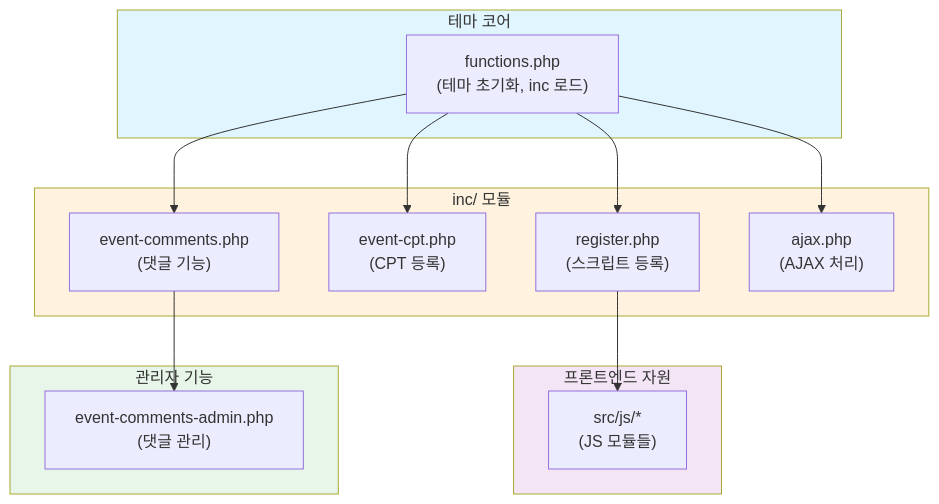
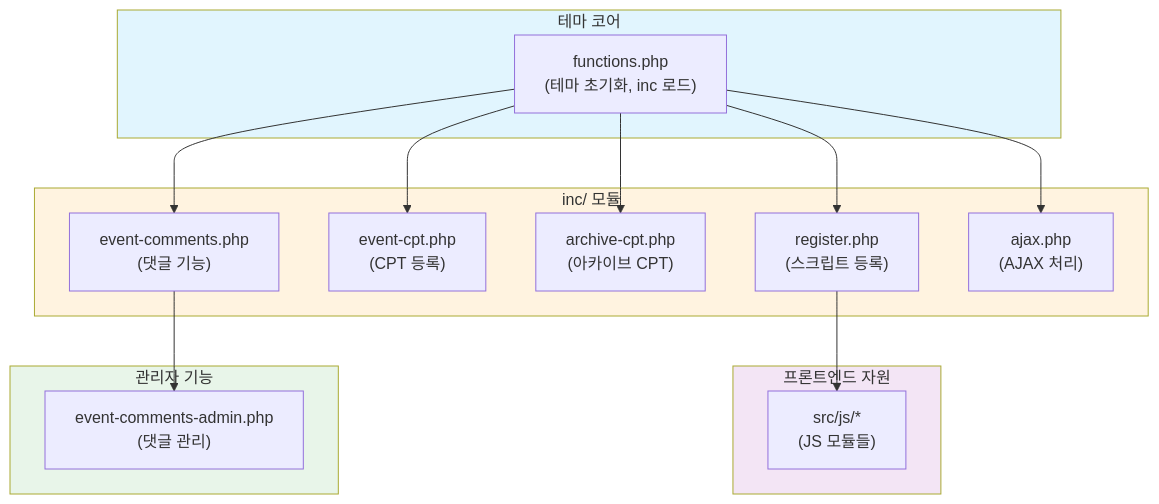
One commit to sknkwoxs/manual-book changed the diagram in src/content/docs/samhwa-musuem/specification/05-프로그램목록정의서.md. Above: the diagram before and after it, drawn with Mermaid. The commit also changed other lines of this file and 16 other files, not shown here.

First line of the commit message:
docs(samhwa-musuem): add numbering system, update archive docs, fix mermaid ERD

````diff
--- a/src/content/docs/samhwa-musuem/specification/05-프로그램목록정의서.md
+++ b/src/content/docs/samhwa-musuem/specification/05-프로그램목록정의서.md
@@ -236,34 +261,36 @@
 ```mermaid
 flowchart TB
     subgraph CORE["테마 코어"]
         FUNC["functions.php<br/>(테마 초기화, inc 로드)"]
     end
     
     subgraph INC["inc/ 모듈"]
         REG["register.php<br/>(스크립트 등록)"]
         CPT["event-cpt.php<br/>(CPT 등록)"]
+        ARCH["archive-cpt.php<br/>(아카이브 CPT)"]
         COMM["event-comments.php<br/>(댓글 기능)"]
         AJAX["ajax.php<br/>(AJAX 처리)"]
     end
     
     subgraph ASSETS["프론트엔드 자원"]
         JS["src/js/*<br/>(JS 모듈들)"]
     end
     
     subgraph ADMIN["관리자 기능"]
         ADMIN_COMM["event-comments-admin.php<br/>(댓글 관리)"]
     end
     
     FUNC --> REG
     FUNC --> CPT
+    FUNC --> ARCH
     FUNC --> COMM
     FUNC --> AJAX
     
     REG --> JS
     COMM --> ADMIN_COMM
     
     style CORE fill:#e1f5fe
     style INC fill:#fff3e0
     style ASSETS fill:#f3e5f5
     style ADMIN fill:#e8f5e9
 ```
````
